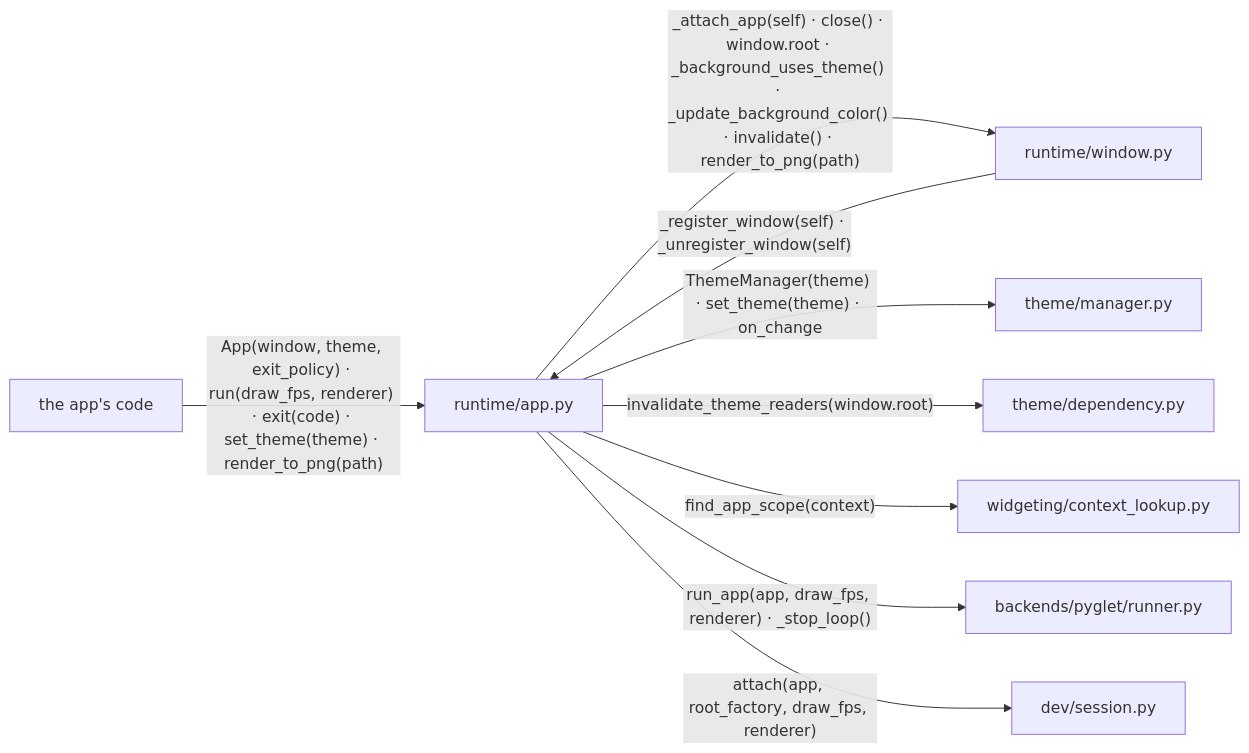
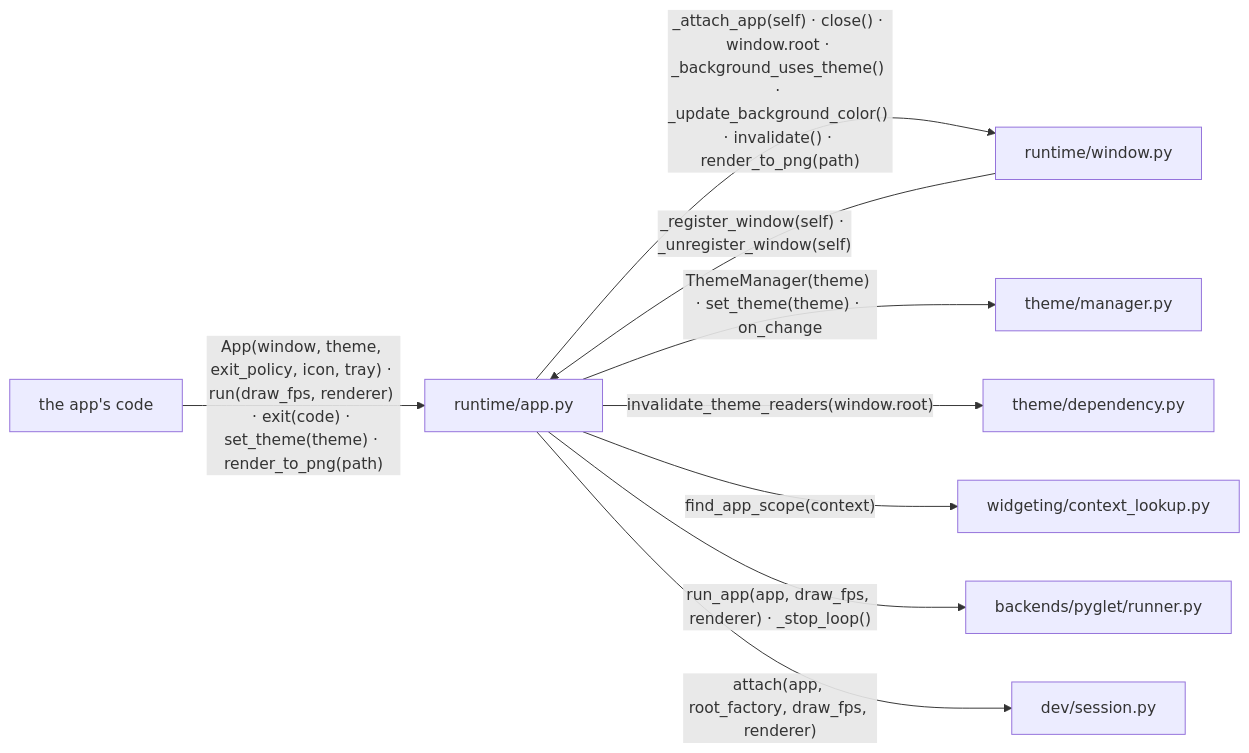
One commit to yuksblog/nuiitivet changed the second of 7 diagrams in docs/design/APP_WINDOW.md. Above: the diagram before and after it, drawn with Mermaid. The commit also changed other lines of this file and 19 other files, not shown here.

First line of the commit message:
feat(app): App(icon=...) sets the app icon on every window, and the favicon

````diff
--- a/docs/design/APP_WINDOW.md
+++ b/docs/design/APP_WINDOW.md
@@ -60,20 +60,20 @@
 ```mermaid
 flowchart LR
     app[runtime/app.py]
     window[runtime/window.py]
     runner[backends/pyglet/runner.py]
     manager[theme/manager.py]
     dependency[theme/dependency.py]
     lookup[widgeting/context_lookup.py]
     session[dev/session.py]
     code[the app's code]
 
-    code -- "App(window, theme, exit_policy) · run(draw_fps, renderer) · exit(code) · set_theme(theme) · render_to_png(path)" --> app
+    code -- "App(window, theme, exit_policy, icon, tray) · run(draw_fps, renderer) · exit(code) · set_theme(theme) · render_to_png(path)" --> app
     window -- "_register_window(self) · _unregister_window(self)" --> app
     app -- "_attach_app(self) · close() · window.root · _background_uses_theme() · _update_background_color() · invalidate() · render_to_png(path)" --> window
     app -- "ThemeManager(theme) · set_theme(theme) · on_change" --> manager
     app -- "invalidate_theme_readers(window.root)" --> dependency
     app -- "find_app_scope(context)" --> lookup
     app -- "run_app(app, draw_fps, renderer) · _stop_loop()" --> runner
     app -- "attach(app, root_factory, draw_fps, renderer)" --> session
 ```
````
